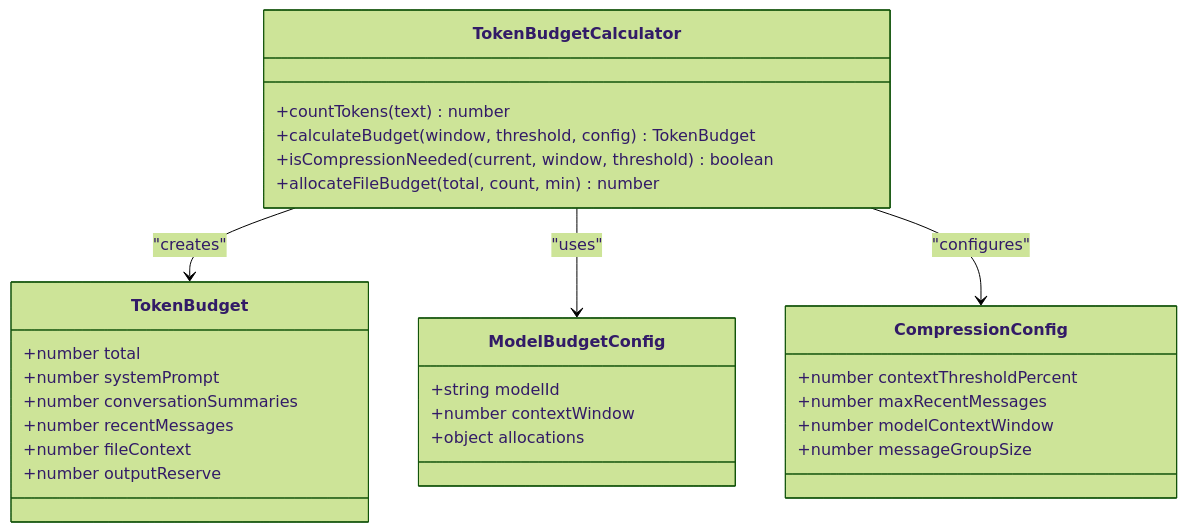
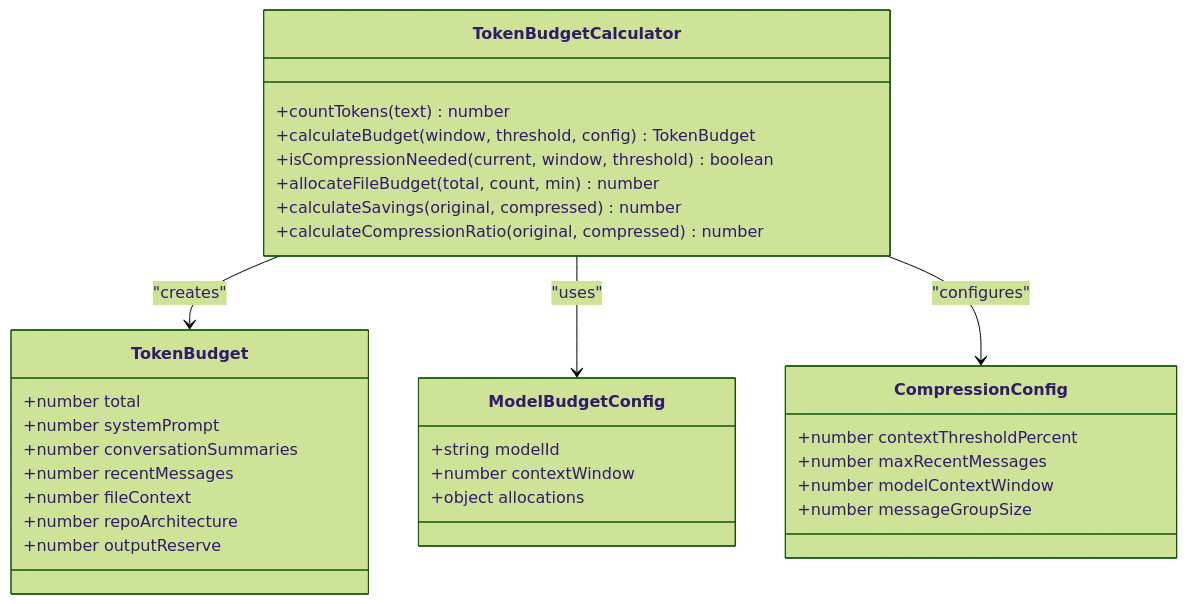
Before and after one commit to bramburn/repomix-runner: the third of 11 diagrams in .qoder/repowiki/en/content/Core Features/Reactive Context Compression.md, drawn with Mermaid (forest theme). The commit also changed other lines of this file and 27 other files, not shown here.

````diff
--- a/.qoder/repowiki/en/content/Core Features/Reactive Context Compression.md
+++ b/.qoder/repowiki/en/content/Core Features/Reactive Context Compression.md
@@ -94,31 +158,34 @@
 ```mermaid
 classDiagram
 class TokenBudget {
 +number total
 +number systemPrompt
 +number conversationSummaries
 +number recentMessages
 +number fileContext
++number repoArchitecture
 +number outputReserve
 }
 class ModelBudgetConfig {
 +string modelId
 +number contextWindow
 +object allocations
 }
 class CompressionConfig {
 +number contextThresholdPercent
 +number maxRecentMessages
 +number modelContextWindow
 +number messageGroupSize
 }
 class TokenBudgetCalculator {
 +countTokens(text) number
 +calculateBudget(window, threshold, config) TokenBudget
 +isCompressionNeeded(current, window, threshold) boolean
 +allocateFileBudget(total, count, min) number
++calculateSavings(original, compressed) number
++calculateCompressionRatio(original, compressed) number
 }
 TokenBudgetCalculator --> TokenBudget : "creates"
 TokenBudgetCalculator --> ModelBudgetConfig : "uses"
 TokenBudgetCalculator --> CompressionConfig : "configures"
 ```
````
